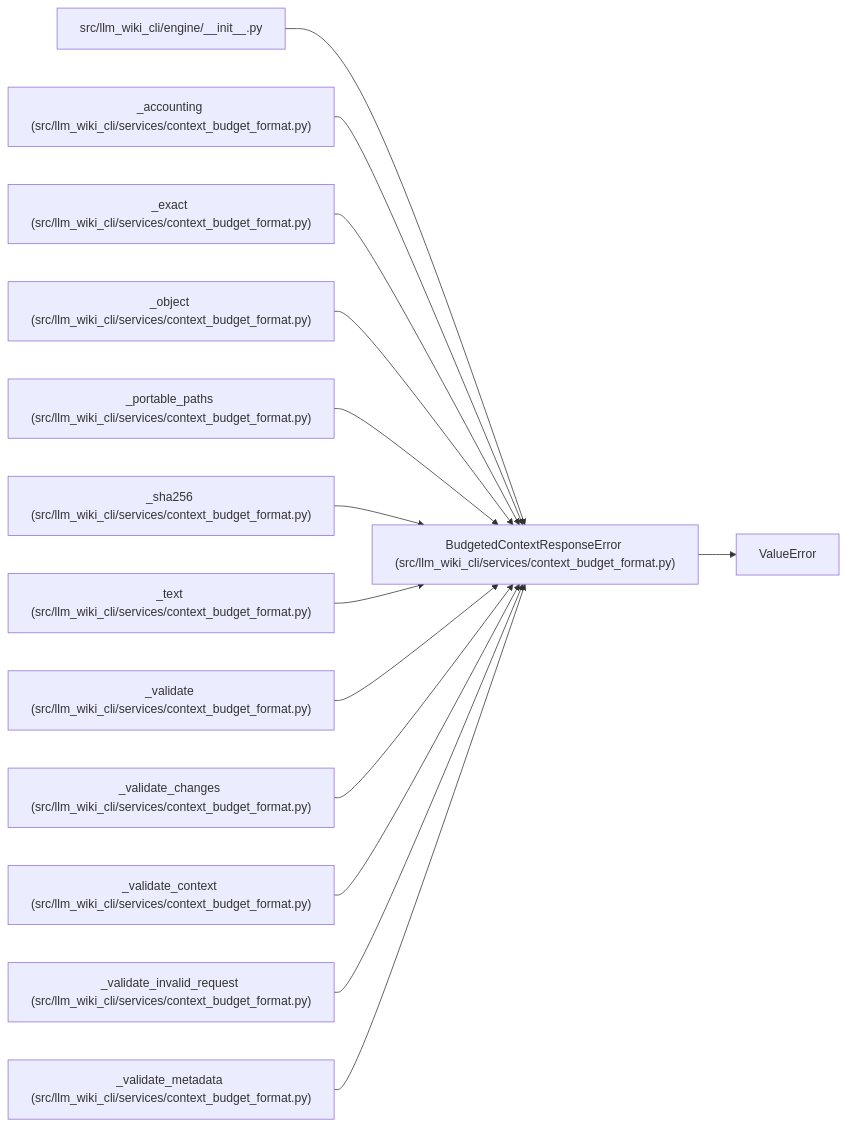
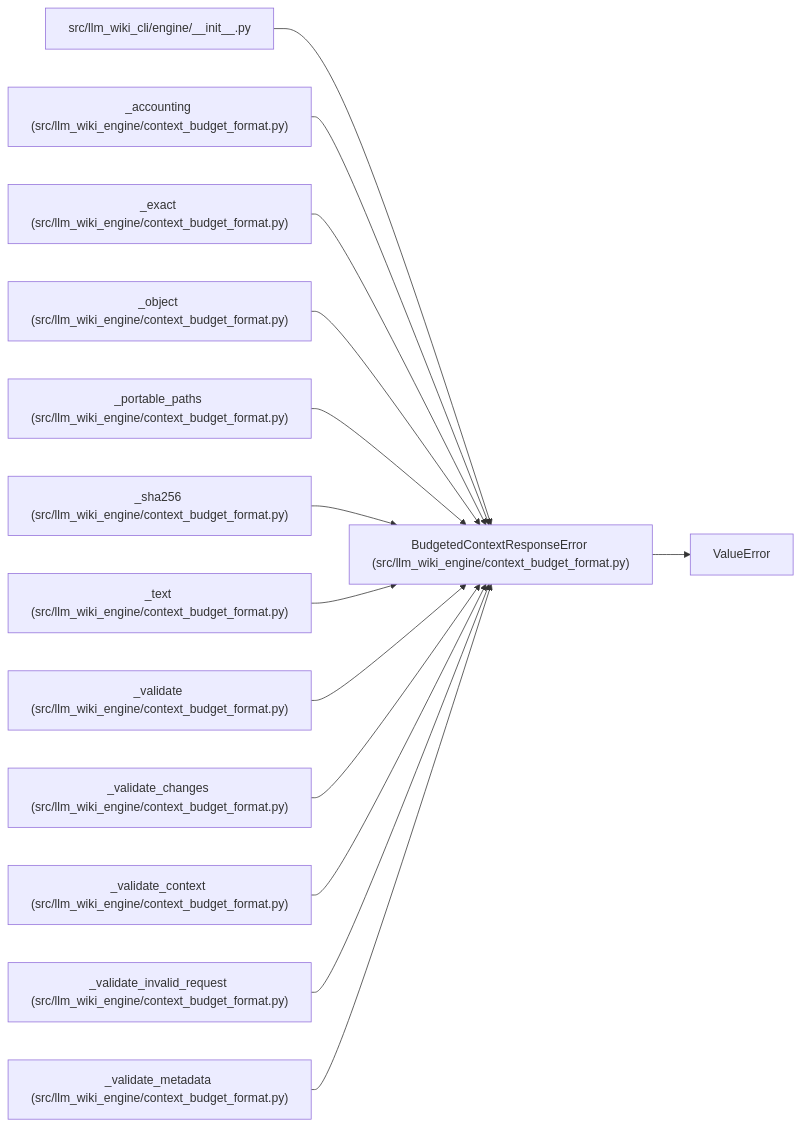
Before and after one commit to Denissvgn/python-wiki-llm: the diagram in docs/llm_wiki/entities/BudgetedContextResponseError.md, drawn with Mermaid. The commit also changed other lines of this file and 577 other files, not shown here.

Commit message:
docs: refresh the wiki for the engine context packet

````diff
--- a/docs/llm_wiki/entities/BudgetedContextResponseError.md
+++ b/docs/llm_wiki/entities/BudgetedContextResponseError.md
@@ -23,43 +23,43 @@
 ```mermaid
 flowchart LR
-    n0["BudgetedContextResponseError (src/llm_wiki_cli/services/context_budget_format.py)"]
+    n0["BudgetedContextResponseError (src/llm_wiki_engine/context_budget_format.py)"]
     n1["ValueError"]
     n2["src/llm_wiki_cli/engine/__init__.py"]
-    n3["_accounting (src/llm_wiki_cli/services/context_budget_format.py)"]
-    n4["_exact (src/llm_wiki_cli/services/context_budget_format.py)"]
-    n5["_object (src/llm_wiki_cli/services/context_budget_format.py)"]
-    n6["_portable_paths (src/llm_wiki_cli/services/context_budget_format.py)"]
-    n7["_sha256 (src/llm_wiki_cli/services/context_budget_format.py)"]
-    n8["_text (src/llm_wiki_cli/services/context_budget_format.py)"]
-    n9["_validate (src/llm_wiki_cli/services/context_budget_format.py)"]
-    n10["_validate_changes (src/llm_wiki_cli/services/context_budget_format.py)"]
-    n11["_validate_context (src/llm_wiki_cli/services/context_budget_format.py)"]
-    n12["_validate_invalid_request (src/llm_wiki_cli/services/context_budget_format.py)"]
-    n13["_validate_metadata (src/llm_wiki_cli/services/context_budget_format.py)"]
+    n3["_accounting (src/llm_wiki_engine/context_budget_format.py)"]
+    n4["_exact (src/llm_wiki_engine/context_budget_format.py)"]
+    n5["_object (src/llm_wiki_engine/context_budget_format.py)"]
+    n6["_portable_paths (src/llm_wiki_engine/context_budget_format.py)"]
+    n7["_sha256 (src/llm_wiki_engine/context_budget_format.py)"]
+    n8["_text (src/llm_wiki_engine/context_budget_format.py)"]
+    n9["_validate (src/llm_wiki_engine/context_budget_format.py)"]
+    n10["_validate_changes (src/llm_wiki_engine/context_budget_format.py)"]
+    n11["_validate_context (src/llm_wiki_engine/context_budget_format.py)"]
+    n12["_validate_invalid_request (src/llm_wiki_engine/context_budget_format.py)"]
+    n13["_validate_metadata (src/llm_wiki_engine/context_budget_format.py)"]
     n0 --> n1
     n2 --> n0
     n3 --> n0
     n4 --> n0
     n5 --> n0
     n6 --> n0
     n7 --> n0
     n8 --> n0
     n9 --> n0
     n10 --> n0
     n11 --> n0
     n12 --> n0
     n13 --> n0
     click n0 "../modules/context_budget_format.md"
     click n2 "../modules/engine___init__.md"
     click n3 "../modules/context_budget_format.md"
     click n4 "../modules/context_budget_format.md"
     click n5 "../modules/context_budget_format.md"
     click n6 "../modules/context_budget_format.md"
     click n7 "../modules/context_budget_format.md"
     click n8 "../modules/context_budget_format.md"
     click n9 "../modules/context_budget_format.md"
     click n10 "../modules/context_budget_format.md"
     click n11 "../modules/context_budget_format.md"
     click n12 "../modules/context_budget_format.md"
     click n13 "../modules/context_budget_format.md"
 ```
````
